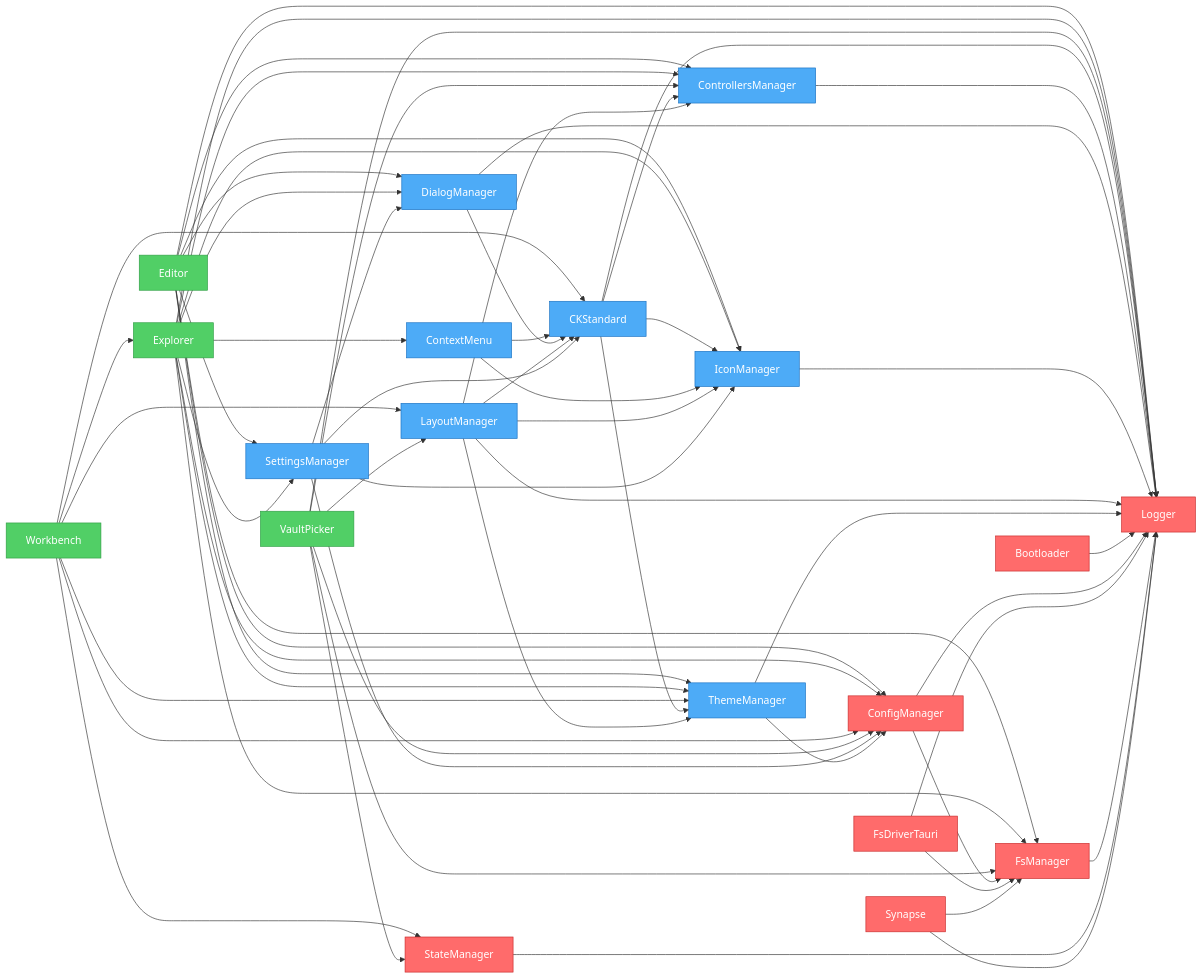
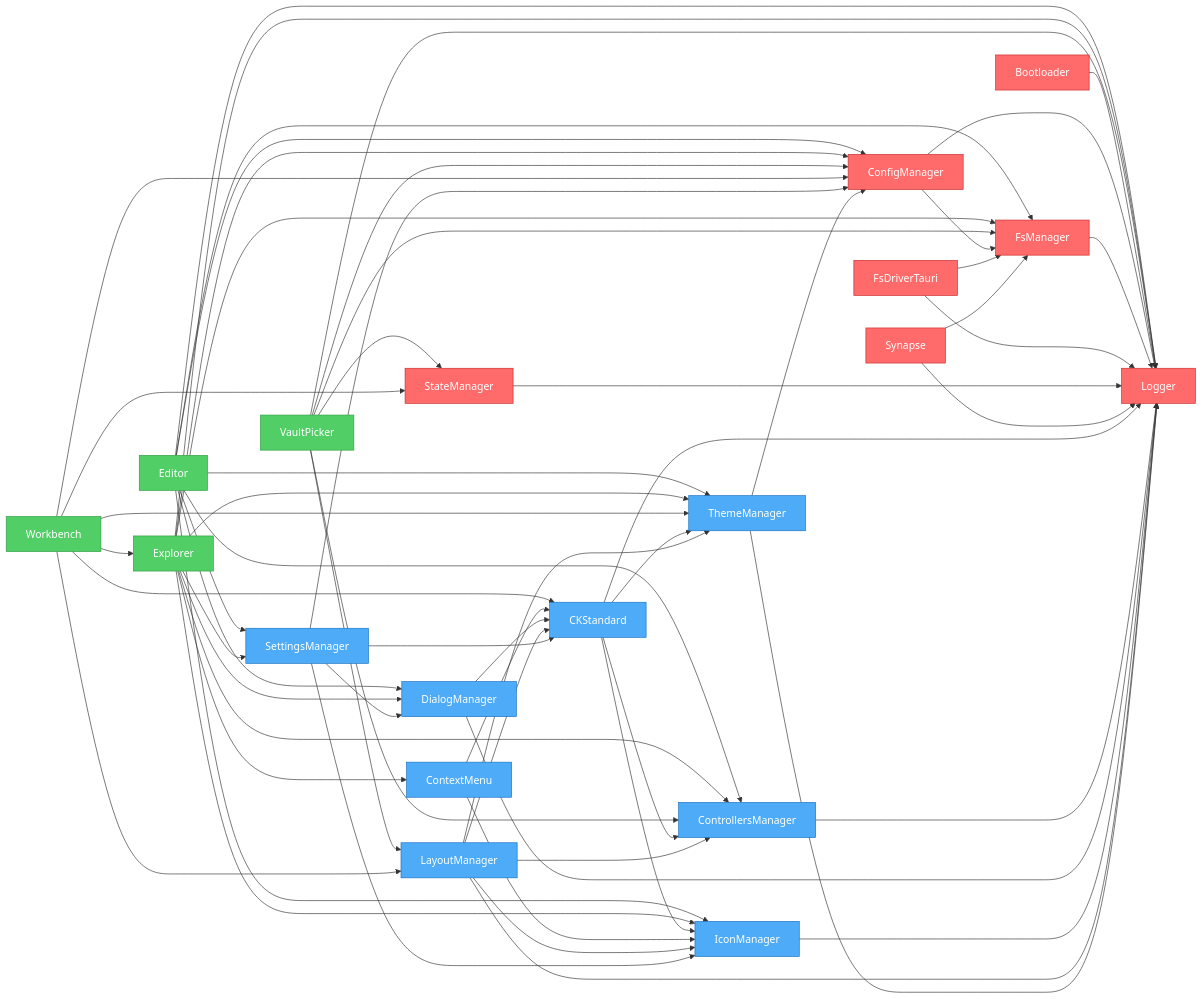
One commit to khton-tech/notehub.md changed the diagram in artifacts/graph.mmd. Above: the diagram before and after it, drawn with Mermaid. The commit also changed 13 other files, not shown here.

Commit message:
feat: Introduce Synapse system plugin, Icon Manager, and Settings Manager UI plugins with updated API contracts and build artifacts.

```diff
--- a/artifacts/graph.mmd
+++ b/artifacts/graph.mmd
@@ -1,88 +1,88 @@
 flowchart LR
     nh_features_editor["Editor"]
     nh_features_explorer["Explorer"]
+    nh_features_vault-picker["VaultPicker"]
     nh_features_workbench["Workbench"]
-    nh_features_vault-picker["VaultPicker"]
+    nh_system_bootloader["Bootloader"]
+    nh_system_config-manager["ConfigManager"]
+    nh_system_fs-manager["FsManager"]
+    nh_system_fs-driver-tauri["FsDriverTauri"]
+    nh_system_logger["Logger"]
+    nh_system_state-manager["StateManager"]
+    nh_system_synapse["Synapse"]
     nh_ui_ck-standard["CKStandard"]
     nh_ui_context-menu["ContextMenu"]
     nh_ui_controllers-manager["ControllersManager"]
     nh_ui_dialog-manager["DialogManager"]
     nh_ui_icon-manager["IconManager"]
     nh_ui_layout-manager["LayoutManager"]
     nh_ui_settings-manager["SettingsManager"]
     nh_ui_theme-manager["ThemeManager"]
-    nh_system_bootloader["Bootloader"]
-    nh_system_config-manager["ConfigManager"]
-    nh_system_fs-driver-tauri["FsDriverTauri"]
-    nh_system_fs-manager["FsManager"]
-    nh_system_logger["Logger"]
-    nh_system_state-manager["StateManager"]
-    nh_system_synapse["Synapse"]
     nh_features_editor --> nh_system_config-manager
     nh_features_editor --> nh_ui_settings-manager
     nh_features_editor --> nh_system_fs-manager
     nh_features_editor --> nh_system_logger
     nh_features_editor --> nh_ui_controllers-manager
     nh_features_editor --> nh_ui_dialog-manager
     nh_features_editor --> nh_ui_icon-manager
     nh_features_editor --> nh_ui_theme-manager
     nh_features_explorer --> nh_system_config-manager
     nh_features_explorer --> nh_ui_settings-manager
     nh_features_explorer --> nh_system_fs-manager
     nh_features_explorer --> nh_system_logger
     nh_features_explorer --> nh_ui_controllers-manager
     nh_features_explorer --> nh_ui_icon-manager
     nh_features_explorer --> nh_ui_theme-manager
     nh_features_explorer --> nh_ui_context-menu
     nh_features_explorer --> nh_ui_dialog-manager
+    nh_features_vault-picker --> nh_system_fs-manager
+    nh_features_vault-picker --> nh_system_config-manager
+    nh_features_vault-picker --> nh_system_state-manager
+    nh_features_vault-picker --> nh_system_logger
+    nh_features_vault-picker --> nh_ui_controllers-manager
+    nh_features_vault-picker --> nh_ui_layout-manager
     nh_features_workbench --> nh_system_config-manager
     nh_features_workbench --> nh_ui_layout-manager
     nh_features_workbench --> nh_ui_theme-manager
     nh_features_workbench --> nh_ui_ck-standard
     nh_features_workbench --> nh_system_state-manager
     nh_features_workbench --> nh_features_explorer
-    nh_features_vault-picker --> nh_system_fs-manager
-    nh_features_vault-picker --> nh_system_config-manager
-    nh_features_vault-picker --> nh_system_state-manager
-    nh_features_vault-picker --> nh_system_logger
-    nh_features_vault-picker --> nh_ui_controllers-manager
-    nh_features_vault-picker --> nh_ui_layout-manager
+    nh_system_bootloader --> nh_system_logger
+    nh_system_config-manager --> nh_system_logger
+    nh_system_config-manager --> nh_system_fs-manager
+    nh_system_fs-manager --> nh_system_logger
+    nh_system_fs-driver-tauri --> nh_system_logger
+    nh_system_fs-driver-tauri --> nh_system_fs-manager
+    nh_system_state-manager --> nh_system_logger
+    nh_system_synapse --> nh_system_fs-manager
+    nh_system_synapse --> nh_system_logger
     nh_ui_ck-standard --> nh_system_logger
     nh_ui_ck-standard --> nh_ui_controllers-manager
     nh_ui_ck-standard --> nh_ui_icon-manager
     nh_ui_ck-standard --> nh_ui_theme-manager
     nh_ui_context-menu --> nh_ui_icon-manager
     nh_ui_context-menu --> nh_ui_ck-standard
     nh_ui_controllers-manager --> nh_system_logger
     nh_ui_dialog-manager --> nh_system_logger
     nh_ui_dialog-manager --> nh_ui_ck-standard
     nh_ui_icon-manager --> nh_system_logger
     nh_ui_layout-manager --> nh_system_logger
     nh_ui_layout-manager --> nh_ui_theme-manager
     nh_ui_layout-manager --> nh_ui_icon-manager
     nh_ui_layout-manager --> nh_ui_controllers-manager
     nh_ui_layout-manager --> nh_ui_ck-standard
     nh_ui_settings-manager --> nh_system_config-manager
     nh_ui_settings-manager --> nh_ui_ck-standard
     nh_ui_settings-manager --> nh_ui_icon-manager
     nh_ui_settings-manager --> nh_ui_dialog-manager
     nh_ui_theme-manager --> nh_system_logger
     nh_ui_theme-manager --> nh_system_config-manager
-    nh_system_bootloader --> nh_system_logger
-    nh_system_config-manager --> nh_system_logger
-    nh_system_config-manager --> nh_system_fs-manager
-    nh_system_fs-driver-tauri --> nh_system_logger
-    nh_system_fs-driver-tauri --> nh_system_fs-manager
-    nh_system_fs-manager --> nh_system_logger
-    nh_system_state-manager --> nh_system_logger
-    nh_system_synapse --> nh_system_fs-manager
-    nh_system_synapse --> nh_system_logger
 
     %% Styles
     classDef system fill:#ff6b6b,stroke:#c92a2a,color:#fff
     classDef ui fill:#4dabf7,stroke:#1971c2,color:#fff
     classDef feature fill:#51cf66,stroke:#2f9e44,color:#fff
     class nh_features_editor,nh_features_explorer,nh_features_workbench feature
     class nh_features_vault-picker feature
+    class nh_system_bootloader,nh_system_config-manager,nh_system_fs-manager,nh_system_fs-driver-tauri,nh_system_logger,nh_system_state-manager,nh_system_synapse system
     class nh_ui_ck-standard,nh_ui_context-menu,nh_ui_controllers-manager,nh_ui_dialog-manager,nh_ui_icon-manager,nh_ui_layout-manager,nh_ui_settings-manager,nh_ui_theme-manager ui
-    class nh_system_bootloader,nh_system_config-manager,nh_system_fs-driver-tauri,nh_system_fs-manager,nh_system_logger,nh_system_state-manager,nh_system_synapse system
```
